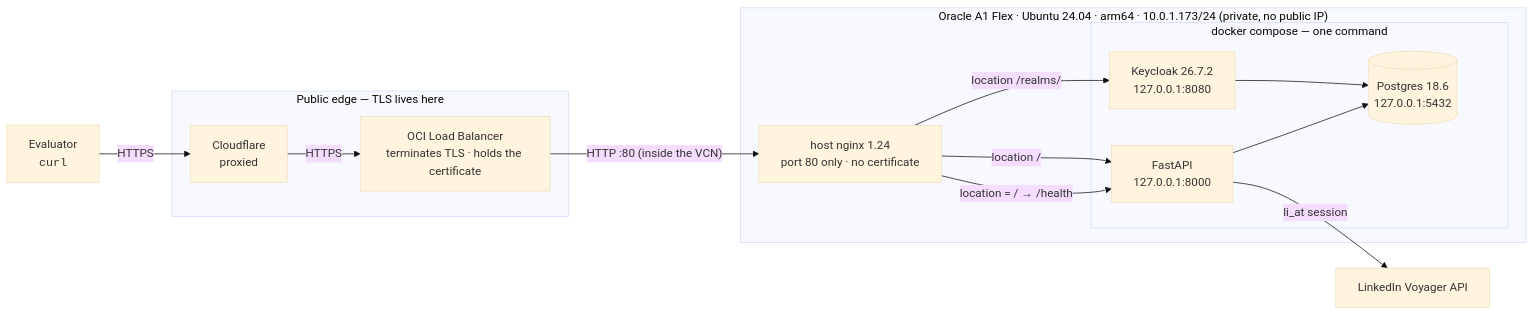
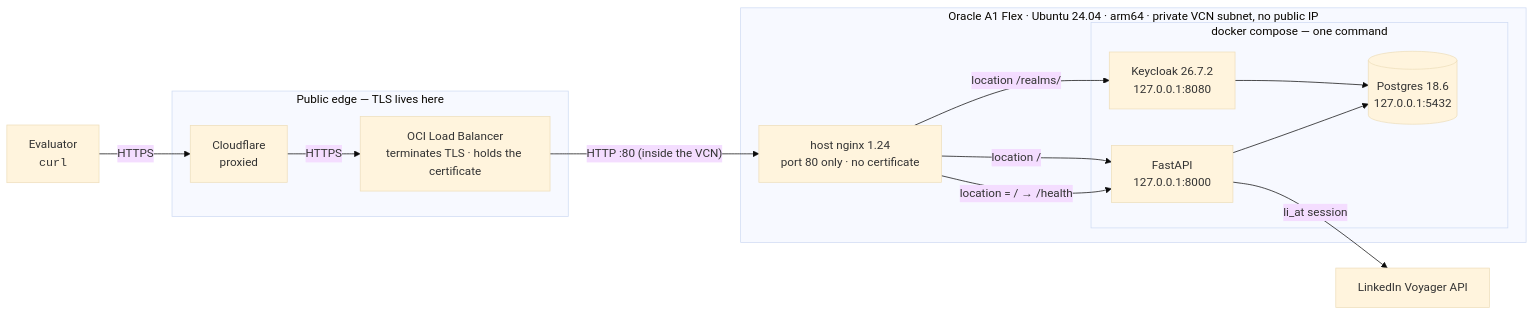
Before and after one commit to shreyasY2k/linkedin-profile-scrapper: the first of 5 diagrams in docs/architecture.md, drawn with Mermaid (base theme). The commit also changed other lines of this file and 10 other files, not shown here.

````diff
--- a/docs/architecture.md
+++ b/docs/architecture.md
@@ -9,29 +9,29 @@
 ```mermaid
 flowchart LR
     EV["Evaluator<br/><code>curl</code>"]
 
     subgraph Edge["Public edge — TLS lives here"]
         CF["Cloudflare<br/>proxied"]
         LB["OCI Load Balancer<br/>terminates TLS · holds the certificate"]
     end
 
-    subgraph Host["Oracle A1 Flex · Ubuntu 24.04 · arm64 · 10.0.1.173/24 (private, no public IP)"]
+    subgraph Host["Oracle A1 Flex · Ubuntu 24.04 · arm64 · private VCN subnet, no public IP"]
         NGX["host nginx 1.24<br/>port 80 only · no certificate"]
 
         subgraph DC["docker compose — one command"]
             API["FastAPI<br/>127.0.0.1:8000"]
             KC["Keycloak 26.7.2<br/>127.0.0.1:8080"]
             PG[("Postgres 18.6<br/>127.0.0.1:5432")]
         end
     end
 
     LI["LinkedIn Voyager API"]
 
     EV -->|HTTPS| CF -->|HTTPS| LB -->|"HTTP :80 (inside the VCN)"| NGX
     NGX -->|"location = / → /health"| API
     NGX -->|"location /"| API
     NGX -->|"location /realms/"| KC
     API --> PG
     KC --> PG
     API -->|"li_at session"| LI
 ```
````
